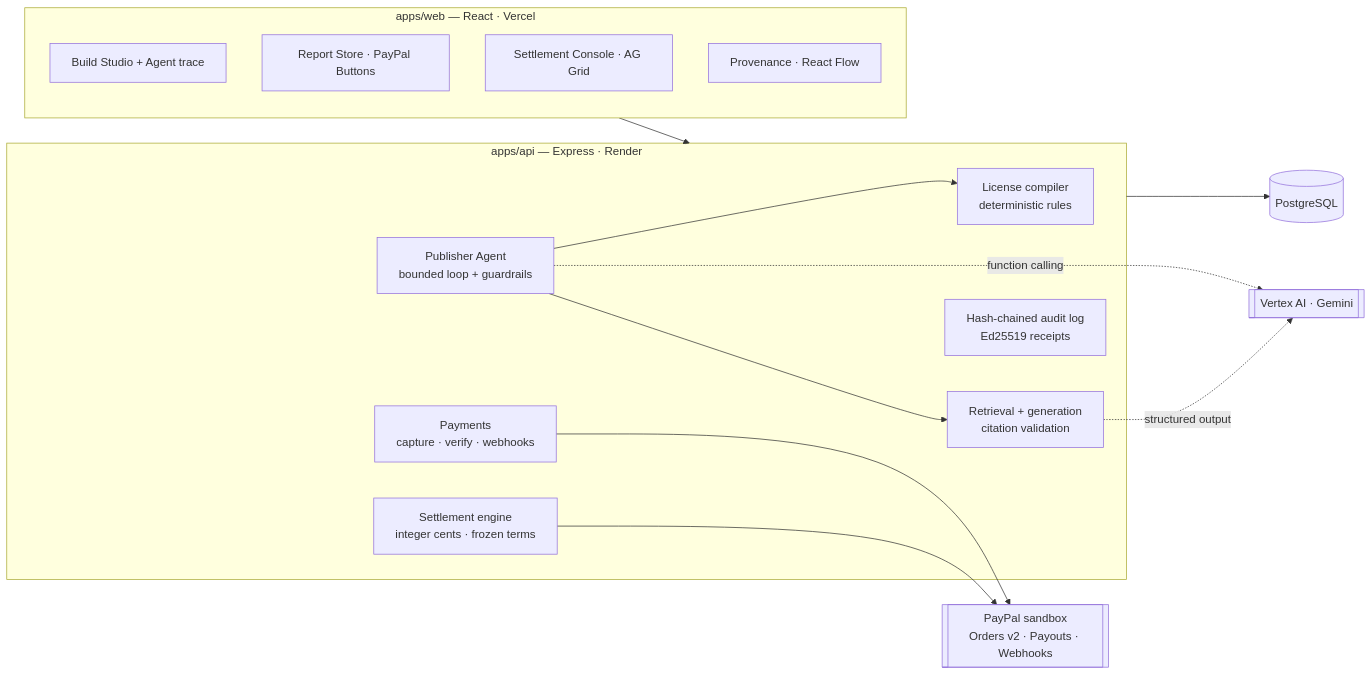
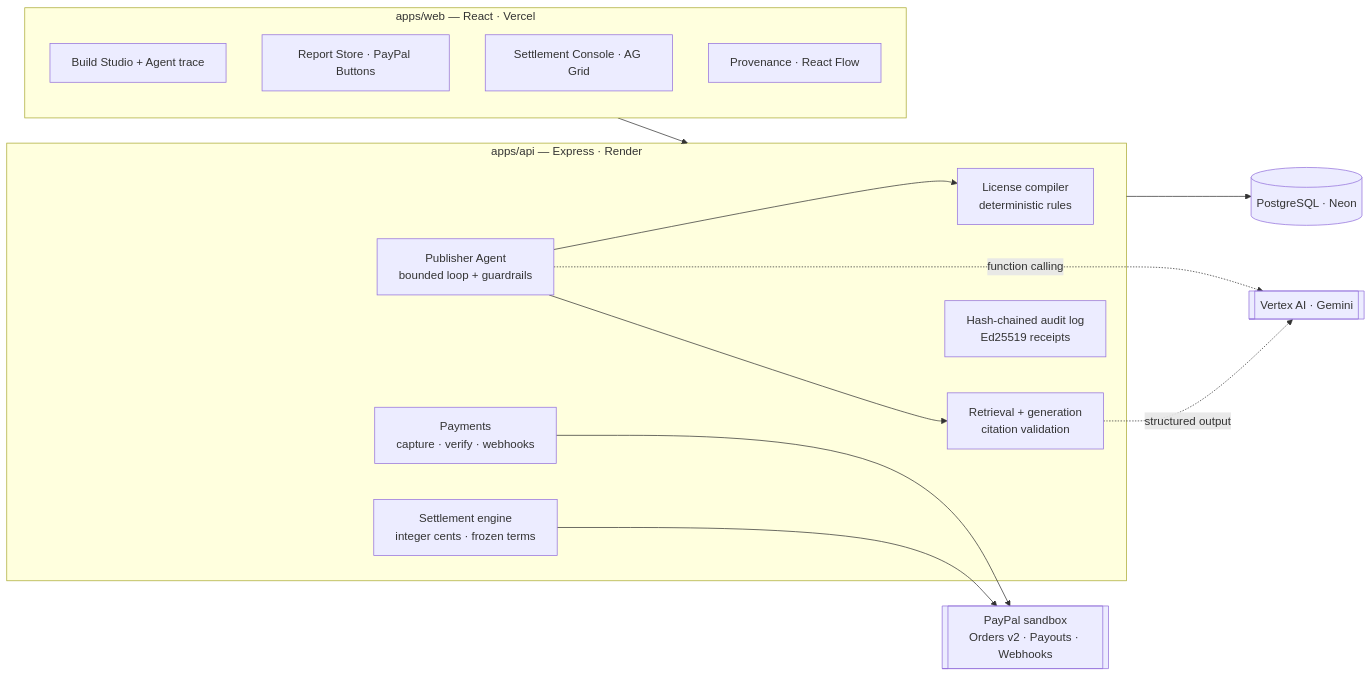
The diagram in README.md (UjjwalCodes01/TracePay), drawn with Mermaid before and after one commit. The commit also changed other lines of this file and 8 other files, not shown here.

````diff
--- a/README.md
+++ b/README.md
@@ -83,29 +83,29 @@
 ```mermaid
 flowchart LR
   subgraph Web["apps/web — React · Vercel"]
     Studio[Build Studio + Agent trace]
     Store[Report Store · PayPal Buttons]
     Console[Settlement Console · AG Grid]
     Graph[Provenance · React Flow]
   end
   subgraph API["apps/api — Express · Render"]
     Compiler[License compiler<br/>deterministic rules]
     Agent[Publisher Agent<br/>bounded loop + guardrails]
     Gen[Retrieval + generation<br/>citation validation]
     Pay[Payments<br/>capture · verify · webhooks]
     Settle[Settlement engine<br/>integer cents · frozen terms]
     Audit[Hash-chained audit log<br/>Ed25519 receipts]
   end
-  DB[(PostgreSQL)]
+  DB[(PostgreSQL · Neon)]
   Vertex[[Vertex AI · Gemini]]
   PayPal[[PayPal sandbox<br/>Orders v2 · Payouts · Webhooks]]
 
   Web --> API
   Agent --> Compiler
   Agent --> Gen
   Agent -. function calling .-> Vertex
   Gen -. structured output .-> Vertex
   Pay --> PayPal
   Settle --> PayPal
   API --> DB
 ```
````
